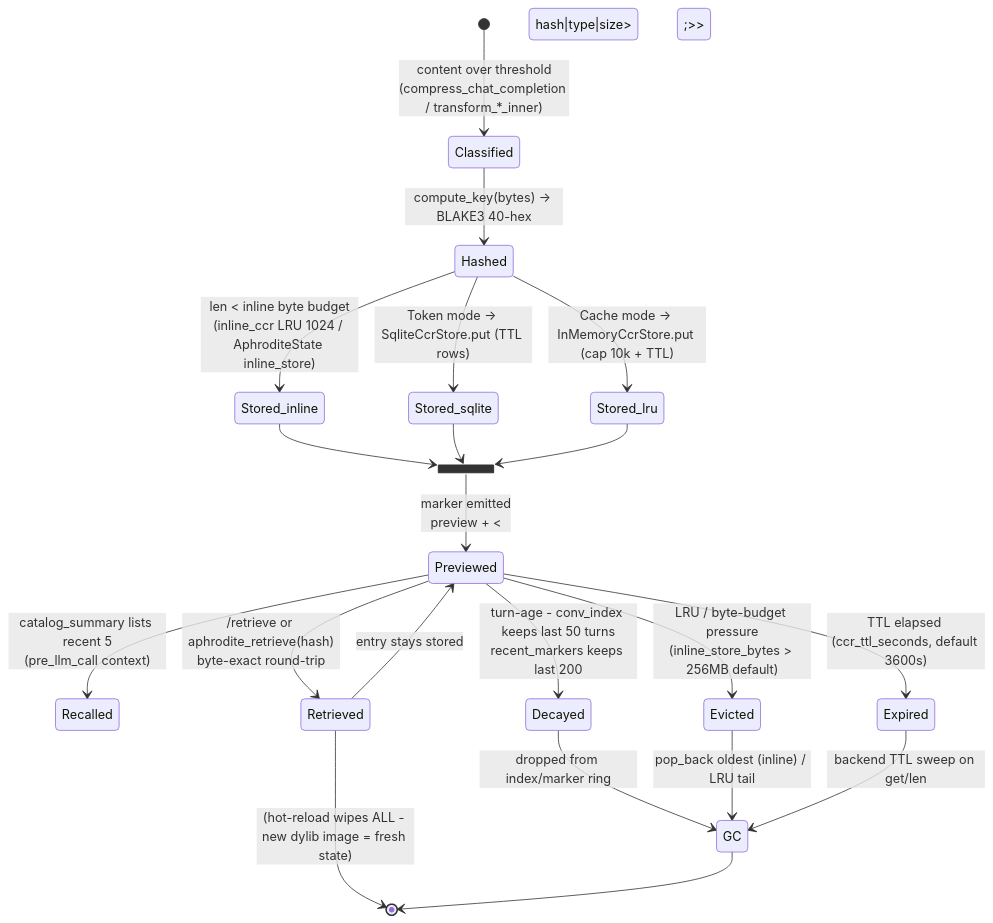
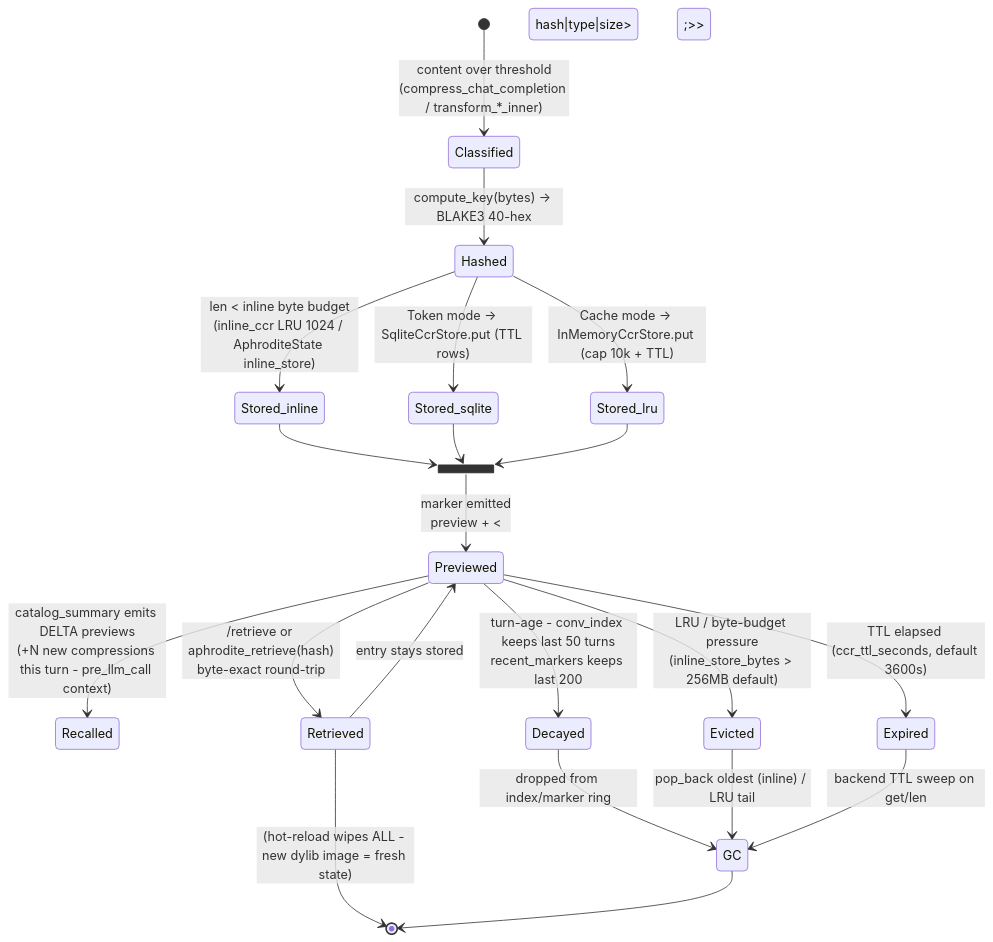
The first of 2 diagrams in .hermes/uml/05-ccr-lifecycle.md (PlayForm/Aphrodite), drawn with Mermaid before and after one commit. The commit also changed other lines of this file and 20 other files, not shown here.

````diff
--- a/.hermes/uml/05-ccr-lifecycle.md
+++ b/.hermes/uml/05-ccr-lifecycle.md
@@ -9,30 +9,30 @@
 ```mermaid
 stateDiagram-v2
     [*] --> Classified: content over threshold<br/>(compress_chat_completion / transform_*_inner)
     Classified --> Hashed: compute_key(bytes) → BLAKE3 40-hex
 
     Hashed --> Stored_inline: len < inline byte budget<br/>(inline_ccr LRU 1024 / AphroditeState inline_store)
     Hashed --> Stored_sqlite: Token mode → SqliteCcrStore.put (TTL rows)
     Hashed --> Stored_lru: Cache mode → InMemoryCcrStore.put (cap 10k + TTL)
 
     state Stored <<join>>
     Stored_inline --> Stored
     Stored_sqlite --> Stored
     Stored_lru --> Stored
 
     Stored --> Previewed: marker emitted<br/>preview + &lt;&lt;&lt;CCR:hash|type|size&gt;&gt;&gt;
-    Previewed --> Recalled: catalog_summary lists recent 5<br/>(pre_llm_call context)
+    Previewed --> Recalled: catalog_summary emits DELTA previews<br/>(+N new compressions this turn - pre_llm_call context)
 
     Previewed --> Retrieved: /retrieve or aphrodite_retrieve(hash)<br/>byte-exact round-trip
     Retrieved --> Previewed: entry stays stored
 
     Previewed --> Decayed: turn-age - conv_index keeps last 50 turns<br/>recent_markers keeps last 200
     Previewed --> Evicted: LRU / byte-budget pressure<br/>(inline_store_bytes > 256MB default)
     Previewed --> Expired: TTL elapsed (ccr_ttl_seconds, default 3600s)
 
     Decayed --> GC: dropped from index/marker ring
     Evicted --> GC: pop_back oldest (inline) / LRU tail
     Expired --> GC: backend TTL sweep on get/len
     Retrieved --> [*]: (hot-reload wipes ALL - new dylib image = fresh state)
     GC --> [*]
 ```
````
